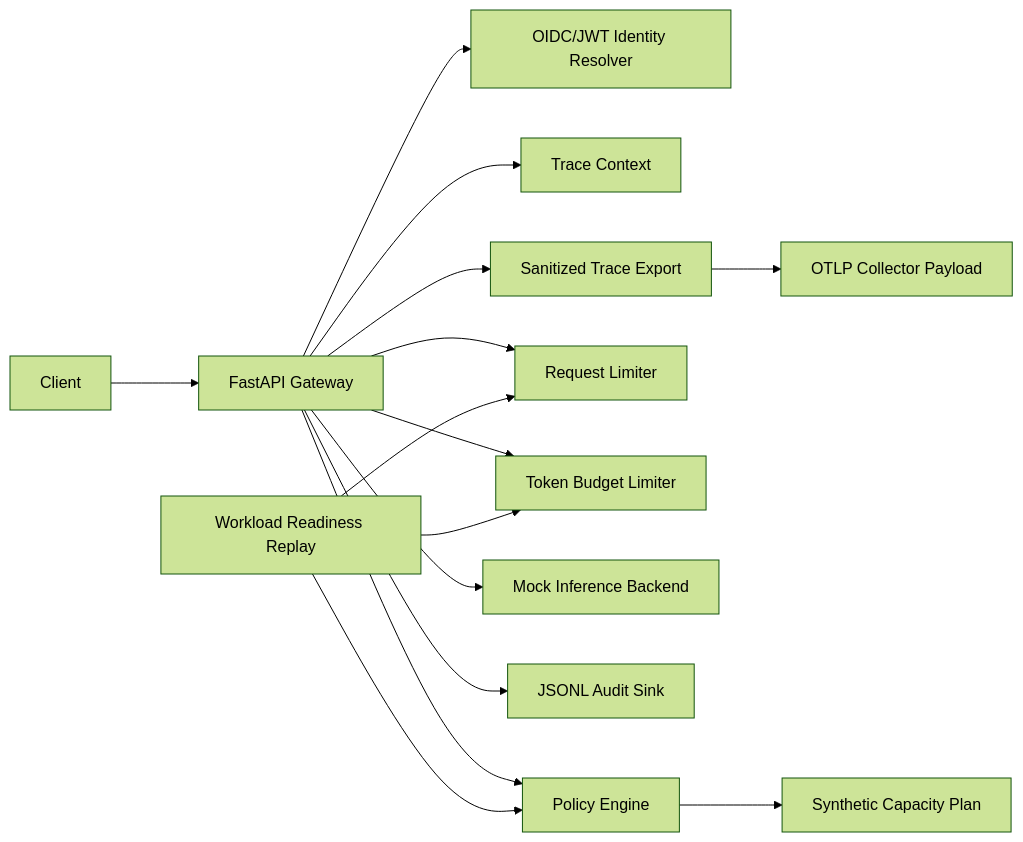
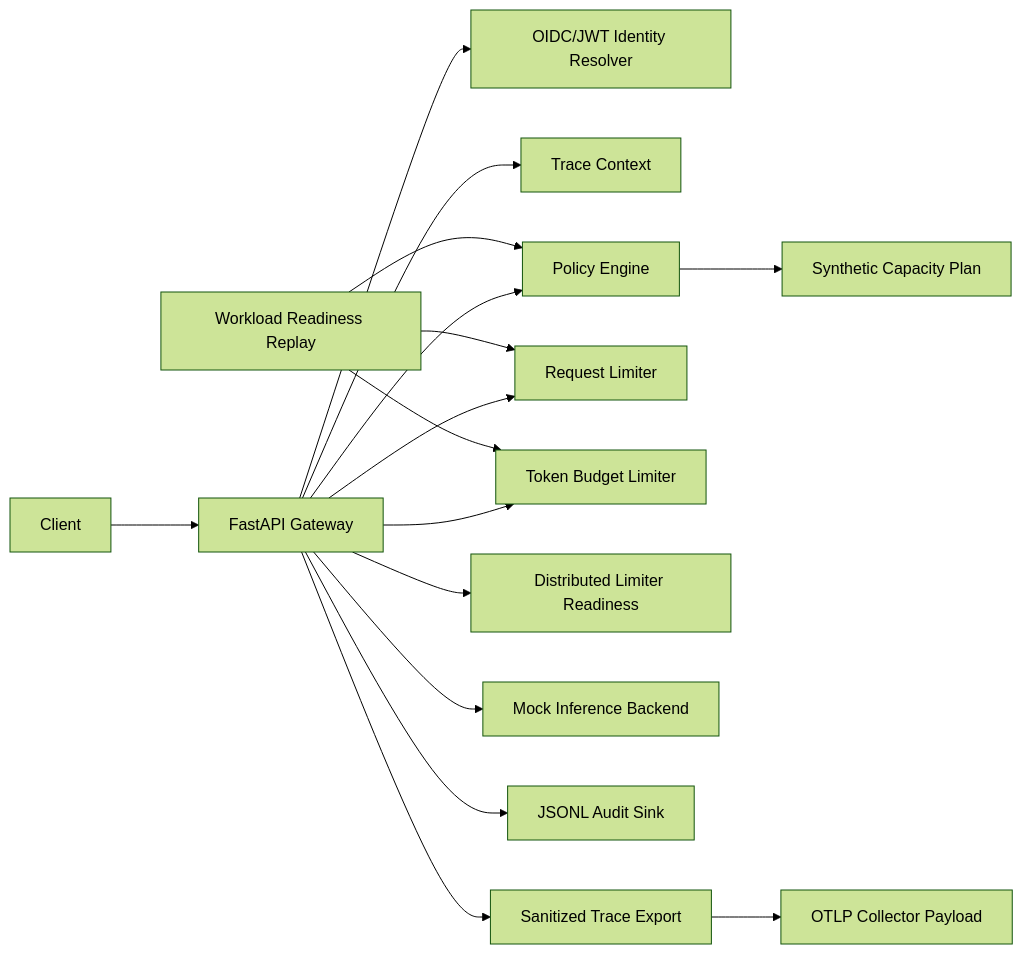
Before and after one commit to WaffleBits/secure-gpu-inference-gateway: the diagram in ARCHITECTURE.md, drawn with Mermaid (forest theme). The commit also changed other lines of this file and 7 other files, not shown here.

Commit message:
Add distributed limiter readiness proof

````diff
--- a/ARCHITECTURE.md
+++ b/ARCHITECTURE.md
@@ -3,17 +3,18 @@
 ```mermaid
 flowchart LR
     Client["Client"] --> API["FastAPI Gateway"]
     API --> Identity["OIDC/JWT Identity Resolver"]
     API --> Trace["Trace Context"]
     API --> Policy["Policy Engine"]
     API --> Limiter["Request Limiter"]
     API --> TokenBudget["Token Budget Limiter"]
+    API --> DistLimit["Distributed Limiter Readiness"]
     API --> Model["Mock Inference Backend"]
     API --> Audit["JSONL Audit Sink"]
     API --> TraceExport["Sanitized Trace Export"]
     TraceExport --> Otlp["OTLP Collector Payload"]
     Policy --> Capacity["Synthetic Capacity Plan"]
     Replay["Workload Readiness Replay"] --> Policy
     Replay --> Limiter
     Replay --> TokenBudget
 ```
````
